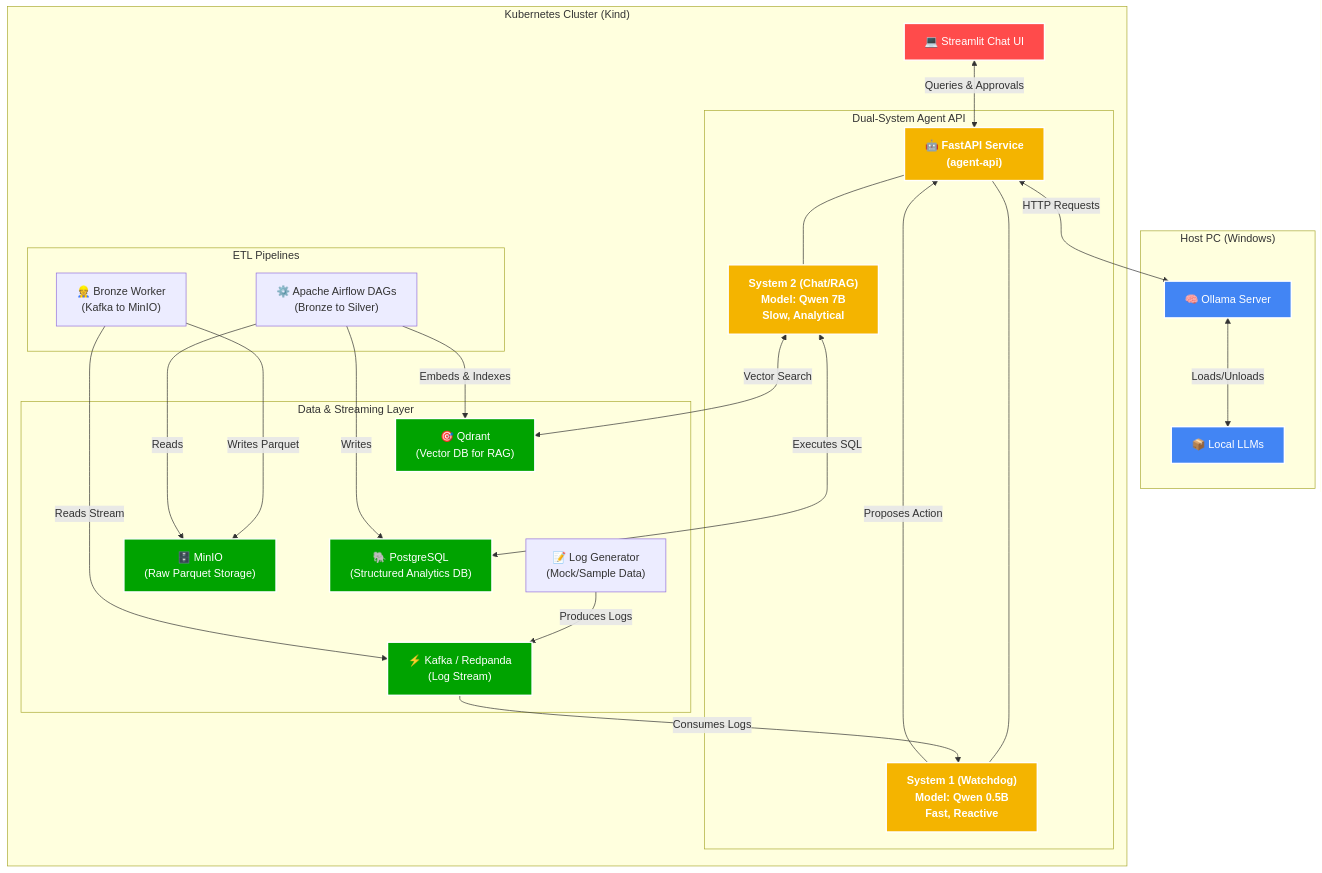
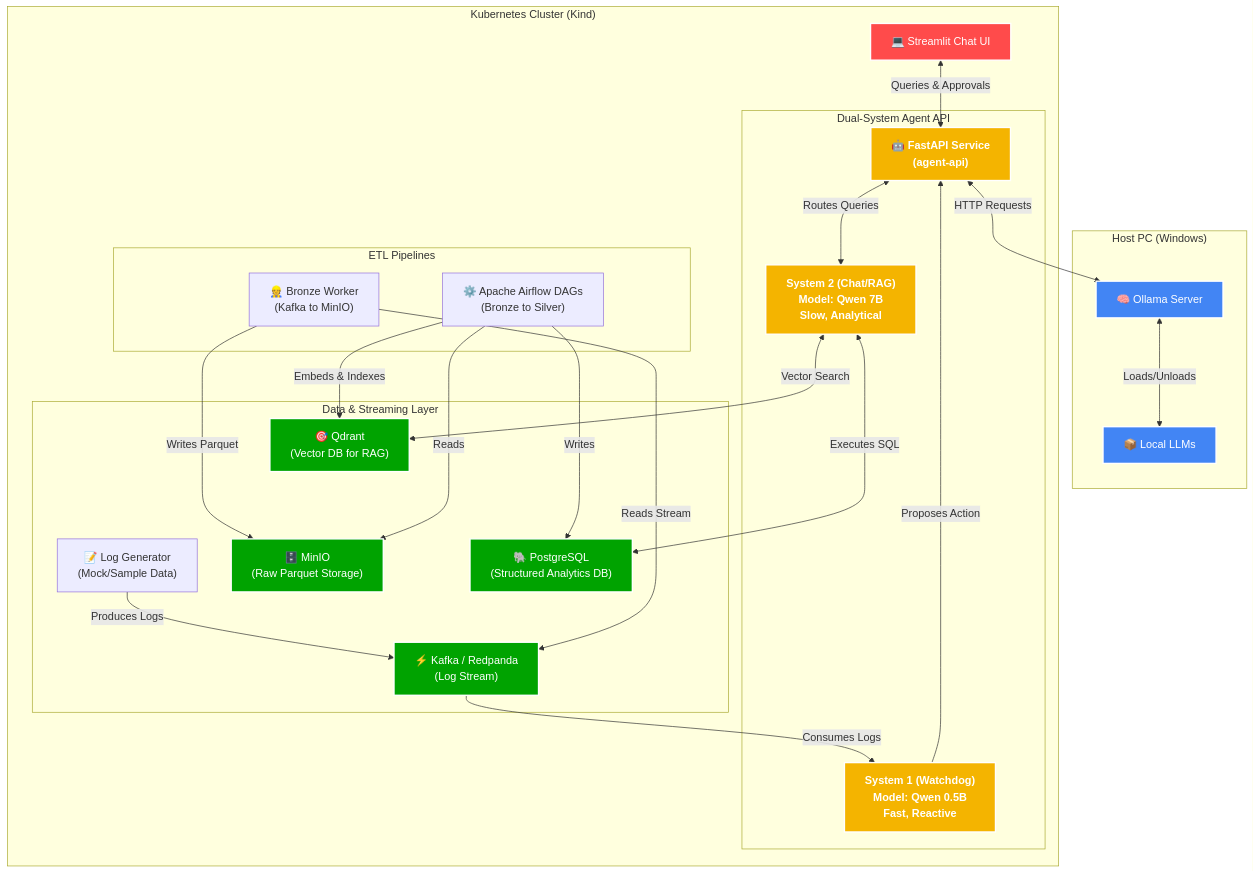
One commit to maayankaidar/dual-system-agents changed the diagram in README.md. Above: the diagram before and after it, drawn with Mermaid.

Commit message:
Update diagram: Clean up duplicate unlabelled lines in Agent API

````diff
--- a/README.md
+++ b/README.md
@@ -7,69 +7,68 @@
 ```mermaid
 flowchart TD
     %% Define Styles
     classDef k8s fill:#326ce5,stroke:#fff,stroke-width:2px,color:#fff;
     classDef host fill:#4285F4,stroke:#fff,stroke-width:2px,color:#fff;
     classDef db fill:#00a300,stroke:#fff,stroke-width:2px,color:#fff;
     classDef ui fill:#ff4b4b,stroke:#fff,stroke-width:2px,color:#fff;
     classDef agent fill:#f4b400,stroke:#fff,stroke-width:2px,color:#fff,font-weight:bold;
 
     %% Host Machine Layer
     subgraph Host["Host PC (Windows)"]
         Ollama["🧠 Ollama Server"]:::host
         Models["📦 Local LLMs"]:::host
         Ollama <-->|Loads/Unloads| Models
     end
 
     %% Kubernetes Cluster Layer
     subgraph K8s["Kubernetes Cluster (Kind)"]
         UI["💻 Streamlit Chat UI"]:::ui
         
         subgraph Data["Data & Streaming Layer"]
             Producer["📝 Log Generator<br>(Mock/Sample Data)"]
             Kafka["⚡ Kafka / Redpanda<br>(Log Stream)"]:::db
             MinIO["🗄️ MinIO<br>(Raw Parquet Storage)"]:::db
             Postgres["🐘 PostgreSQL<br>(Structured Analytics DB)"]:::db
             Qdrant["🎯 Qdrant<br>(Vector DB for RAG)"]:::db
             
             Producer -->|Produces Logs| Kafka
             
             %% Layout hints: Qdrant top-left, Postgres below it, Kafka at bottom, MinIO top-right
             Qdrant ~~~ MinIO
             Qdrant ~~~ Postgres
             Postgres ~~~ Kafka
         end
 
         subgraph Orchestration["ETL Pipelines"]
             BronzeWorker["👷 Bronze Worker<br>(Kafka to MinIO)"]
             Airflow["⚙️ Apache Airflow DAGs<br>(Bronze to Silver)"]
             
             BronzeWorker -->|Reads Stream| Kafka
             BronzeWorker -->|Writes Parquet| MinIO
             
             Airflow -->|Reads| MinIO
             Airflow -->|Writes| Postgres
             Airflow -->|Embeds & Indexes| Qdrant
         end
 
         subgraph Agents["Dual-System Agent API"]
             AgentAPI["🤖 FastAPI Service<br>(agent-api)"]:::agent
             
             Sys1["System 1 (Watchdog)<br>Model: Qwen 0.5B<br>Fast, Reactive"]:::agent
             Sys2["System 2 (Chat/RAG)<br>Model: Qwen 7B<br>Slow, Analytical"]:::agent
-            
-            AgentAPI --- Sys1
-            AgentAPI --- Sys2
         end
 
     end
 
     %% Data Flow & Connections
     Kafka -->|Consumes Logs| Sys1
     Sys1 -->|Proposes Action| AgentAPI
     
     UI <-->|Queries & Approvals| AgentAPI
+    AgentAPI <-->|Routes Queries| Sys2
+    
     Sys2 <-->|Vector Search| Qdrant
     Sys2 <-->|Executes SQL| Postgres
     
     AgentAPI <-->|HTTP Requests| Ollama
 ```
````
